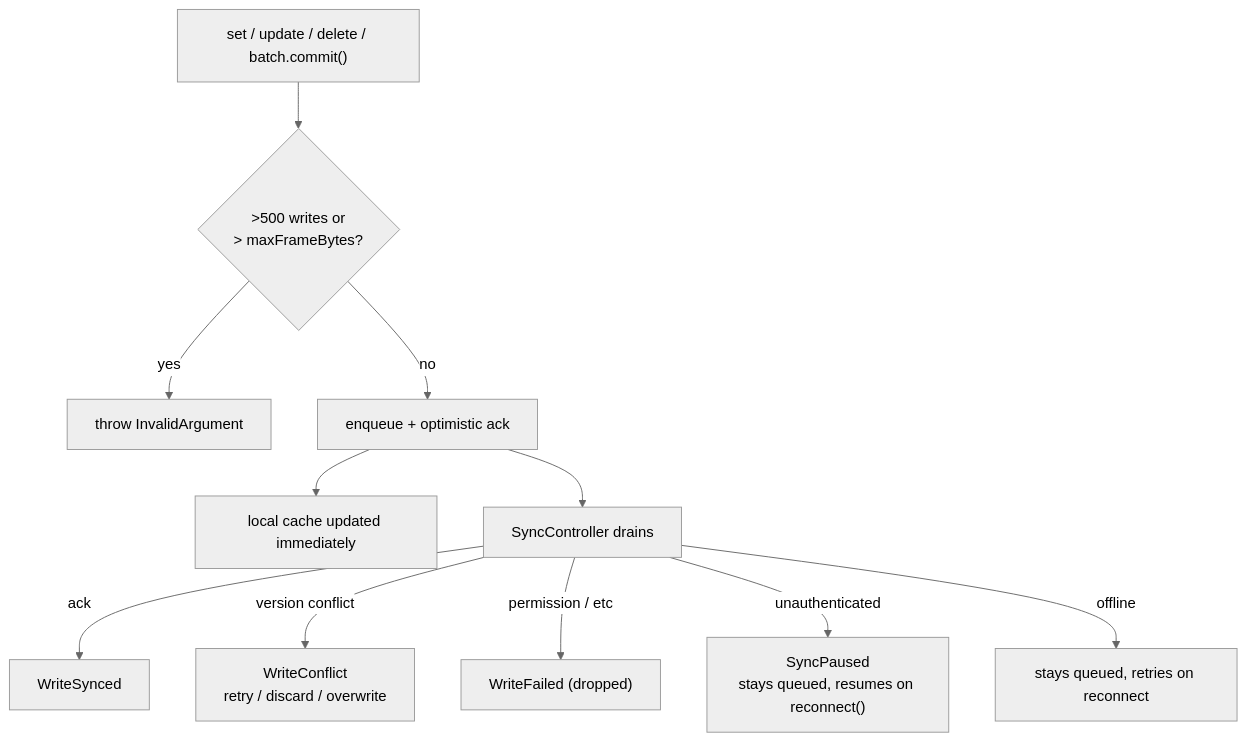
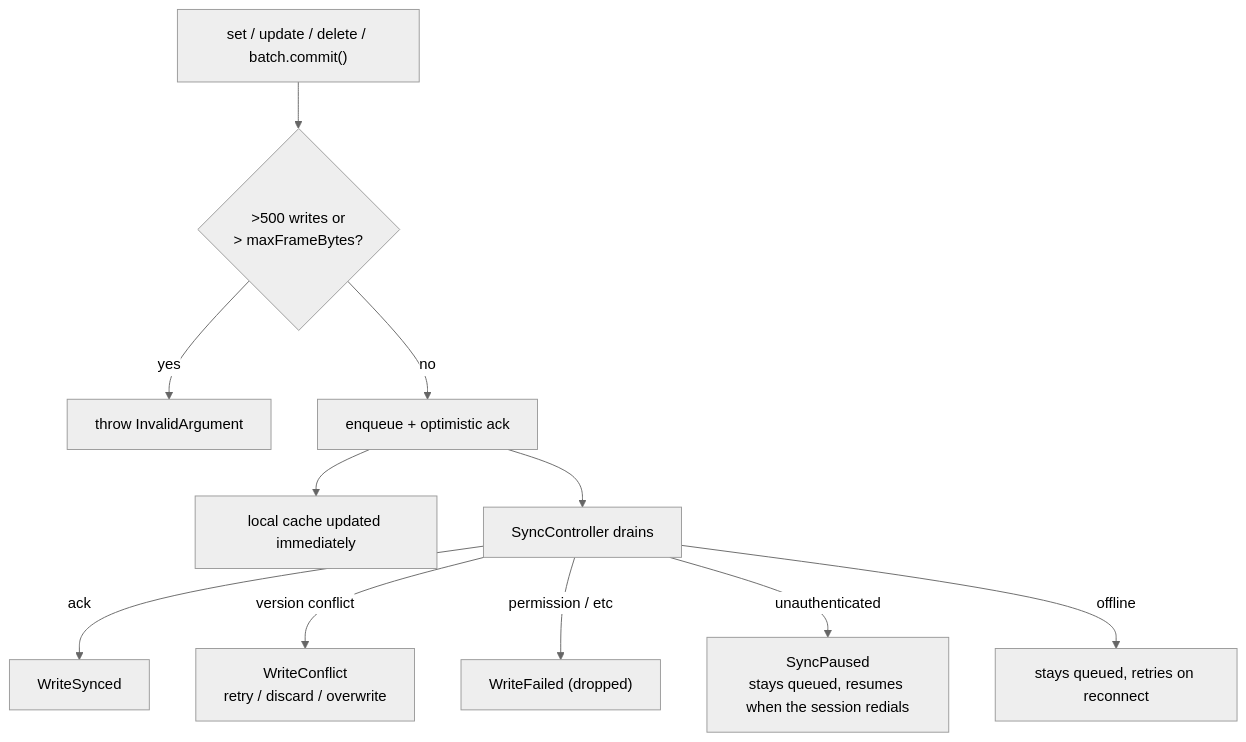
One commit to FlameOfUdun/winche-database-dart-sdk changed the fourth of 5 diagrams in README.md. Above: the diagram before and after it, drawn with Mermaid (neutral theme). The commit also changed other lines of this file and 9 other files, not shown here.

````diff
--- a/README.md
+++ b/README.md
@@ -282,13 +328,13 @@
 ```mermaid
 flowchart TD
   W["set / update / delete / batch.commit()"] --> G{">500 writes or<br/>> maxFrameBytes?"}
   G -->|yes| R[throw InvalidArgument]
   G -->|no| Q["enqueue + optimistic ack"]
   Q --> LC["local cache updated immediately"]
   Q --> Dr[SyncController drains]
   Dr -->|ack| SY["WriteSynced"]
   Dr -->|version conflict| CO["WriteConflict<br/>retry / discard / overwrite"]
   Dr -->|permission / etc| FA["WriteFailed (dropped)"]
-  Dr -->|unauthenticated| PA["SyncPaused<br/>stays queued, resumes on reconnect()"]
+  Dr -->|unauthenticated| PA["SyncPaused<br/>stays queued, resumes when the session redials"]
   Dr -->|offline| OF["stays queued, retries on reconnect"]
 ```
````
